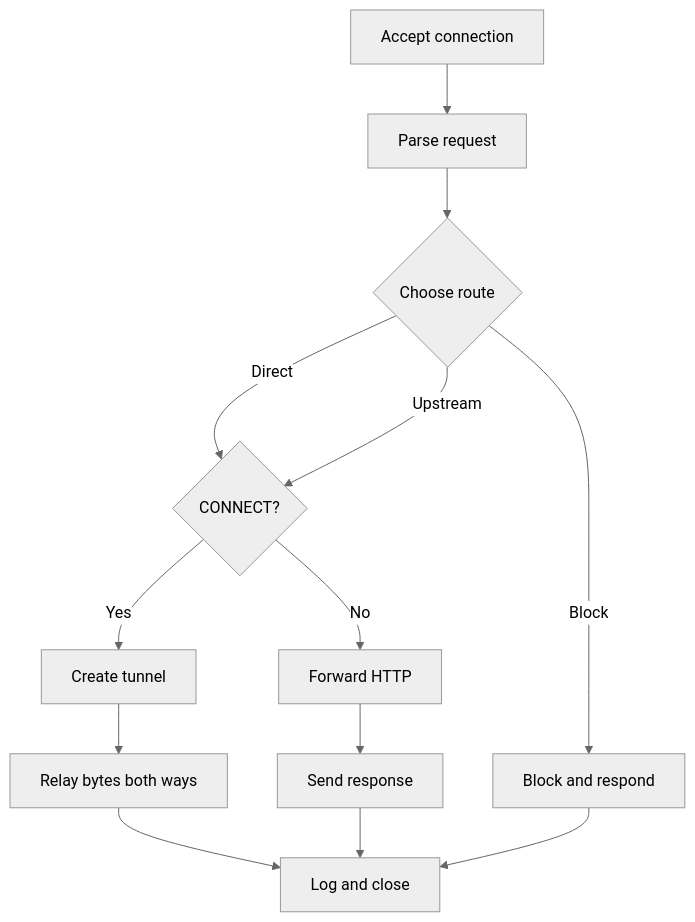
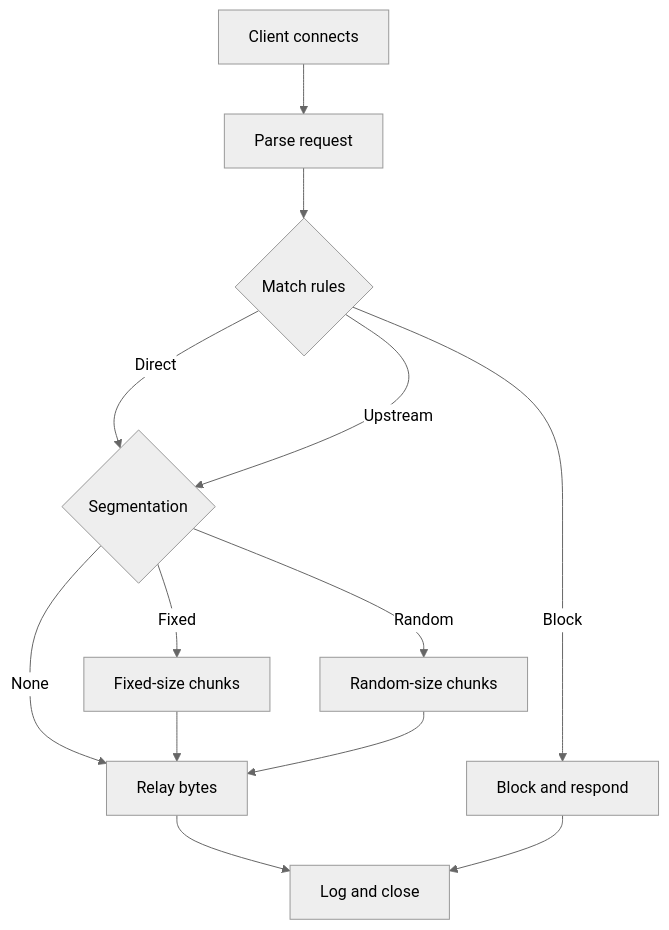
One commit to amirpooyan-r/segmented-proxy changed the second of 2 diagrams in docs/HOW_A_PROXY_WORKS.md. Above: the diagram before and after it, drawn with Mermaid (neutral theme). The commit also changed 2 other files, not shown here.

Commit message:
docs(mermaid): fix diagram syntax
- Fix Mermaid syntax errors in HTTP vs HTTPS

- Fix Mermaid syntax errors in How a Proxy Works pages

- Fix Mermaid syntax errors in Segmentation

- Verify all docs render correctly with mkdocs-material and Mermaid

````diff
--- a/docs/HOW_A_PROXY_WORKS.md
+++ b/docs/HOW_A_PROXY_WORKS.md
@@ -47,15 +47,19 @@
 ```mermaid
 flowchart TD
-  A[Accept connection] --> B[Parse request]
-  B --> C{Choose route}
-  C -->|Direct| D{CONNECT?}
+  A[Client connects] --> B[Parse request]
+  B --> C{Match rules}
+
+  C -->|Direct| D{Segmentation}
   C -->|Upstream| D
   C -->|Block| E[Block and respond]
-  D -->|Yes| F[Create tunnel]
-  D -->|No| G[Forward HTTP]
-  F --> H[Relay bytes both ways]
-  G --> I[Send response]
-  H --> J[Log and close]
-  I --> J[Log and close]
-  E --> J[Log and close]
+
+  D -->|None| F[Relay bytes]
+  D -->|Fixed| G[Fixed-size chunks]
+  D -->|Random| H[Random-size chunks]
+
+  G --> F
+  H --> F
+
+  F --> I[Log and close]
+  E --> I
 ```
````
